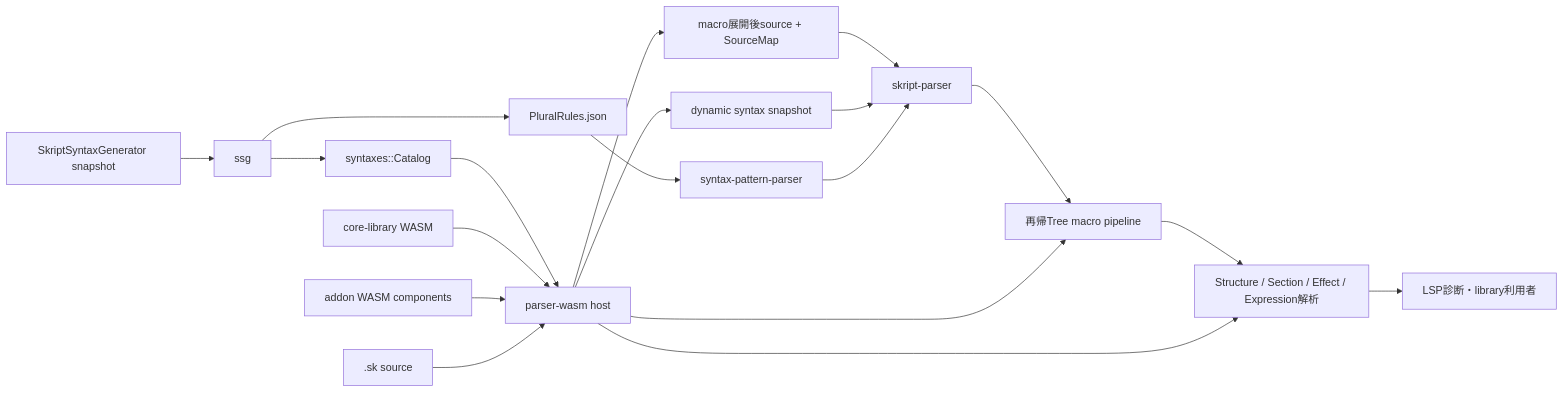
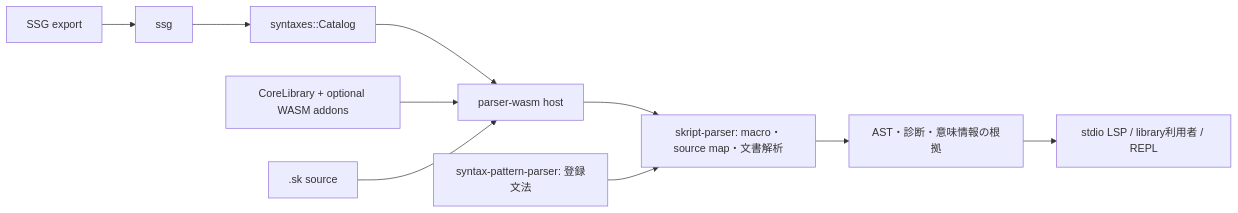
Before and after one commit to nlaocs/Skript-LSP: the diagram in README.ja.md, drawn with Mermaid. The commit also changed other lines of this file and 4 other files, not shown here.

````diff
--- a/README.ja.md
+++ b/README.ja.md
@@ -51,21 +71,11 @@
 ```mermaid
 flowchart LR
-    SSG["SkriptSyntaxGenerator snapshot"] --> Loader["ssg"]
-    Loader --> Catalog["syntaxes::Catalog"]
-    Loader --> Rules["PluralRules.json"]
-    Rules --> Patterns["syntax-pattern-parser"]
+    Export["SSG export"] --> SSG["ssg"] --> Catalog["syntaxes::Catalog"]
     Catalog --> Host["parser-wasm host"]
-    Core["core-library WASM"] --> Host
-    Addons["addon WASM components"] --> Host
-    Host --> Dynamic["dynamic syntax snapshot"]
+    Core["CoreLibrary + optional WASM addons"] --> Host
     Source[".sk source"] --> Host
-    Host --> Expanded["macro展開後source + SourceMap"]
-    Expanded --> Parser["skript-parser"]
-    Parser --> Tree["再帰Tree macro pipeline"]
-    Host --> Tree
-    Tree --> Syntax["Structure / Section / Effect / Expression解析"]
-    Host --> Syntax
-    Syntax --> Consumers["LSP診断・library利用者"]
-    Dynamic --> Parser
-    Patterns --> Parser
+    Host --> Parser["skript-parser: macro・source map・文書解析"]
+    Patterns["syntax-pattern-parser: 登録文法"] --> Parser
+    Parser --> Results["AST・診断・意味情報の根拠"]
+    Results --> LSP["stdio LSP / library利用者 / REPL"]
 ```
````
